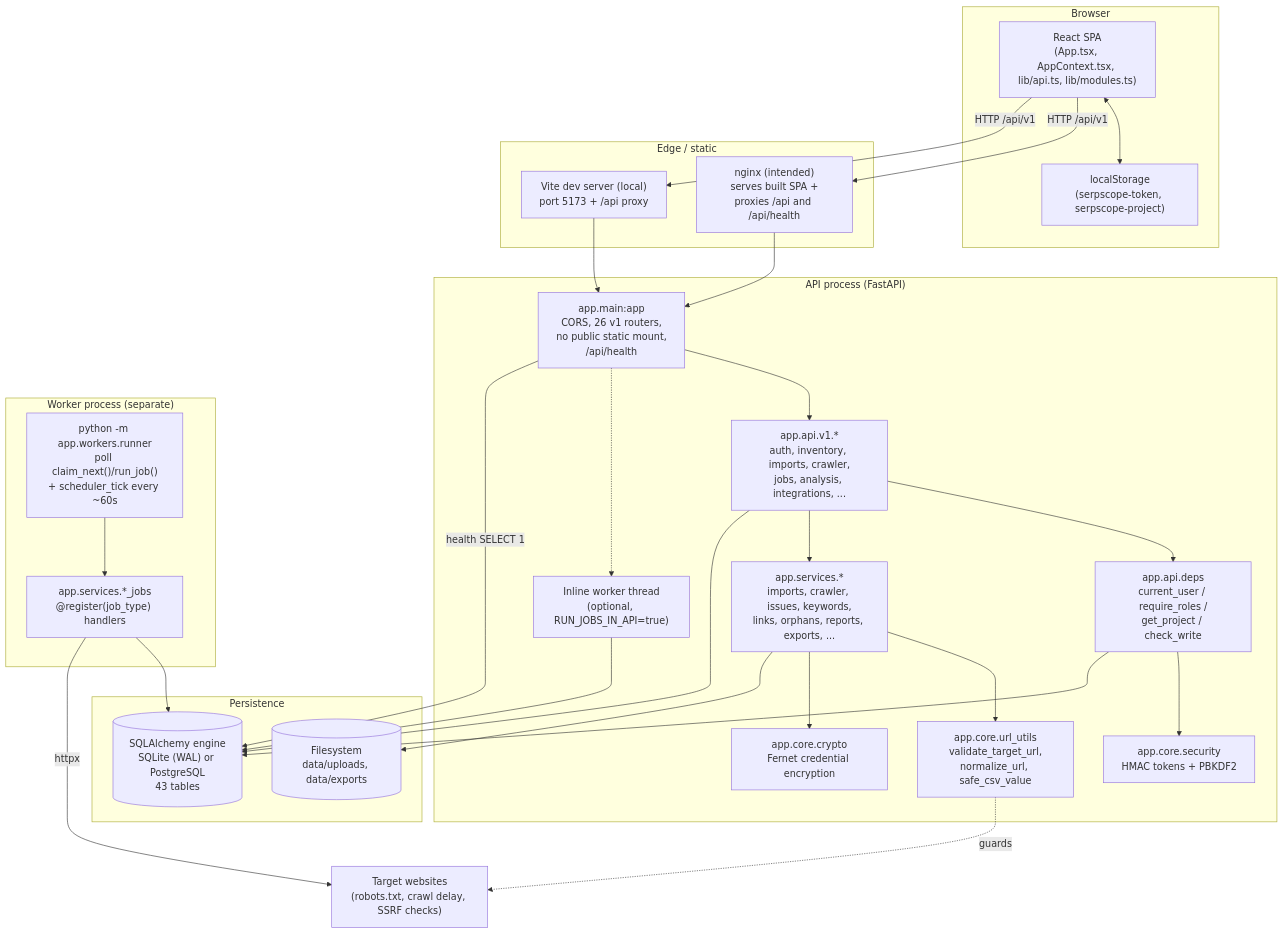
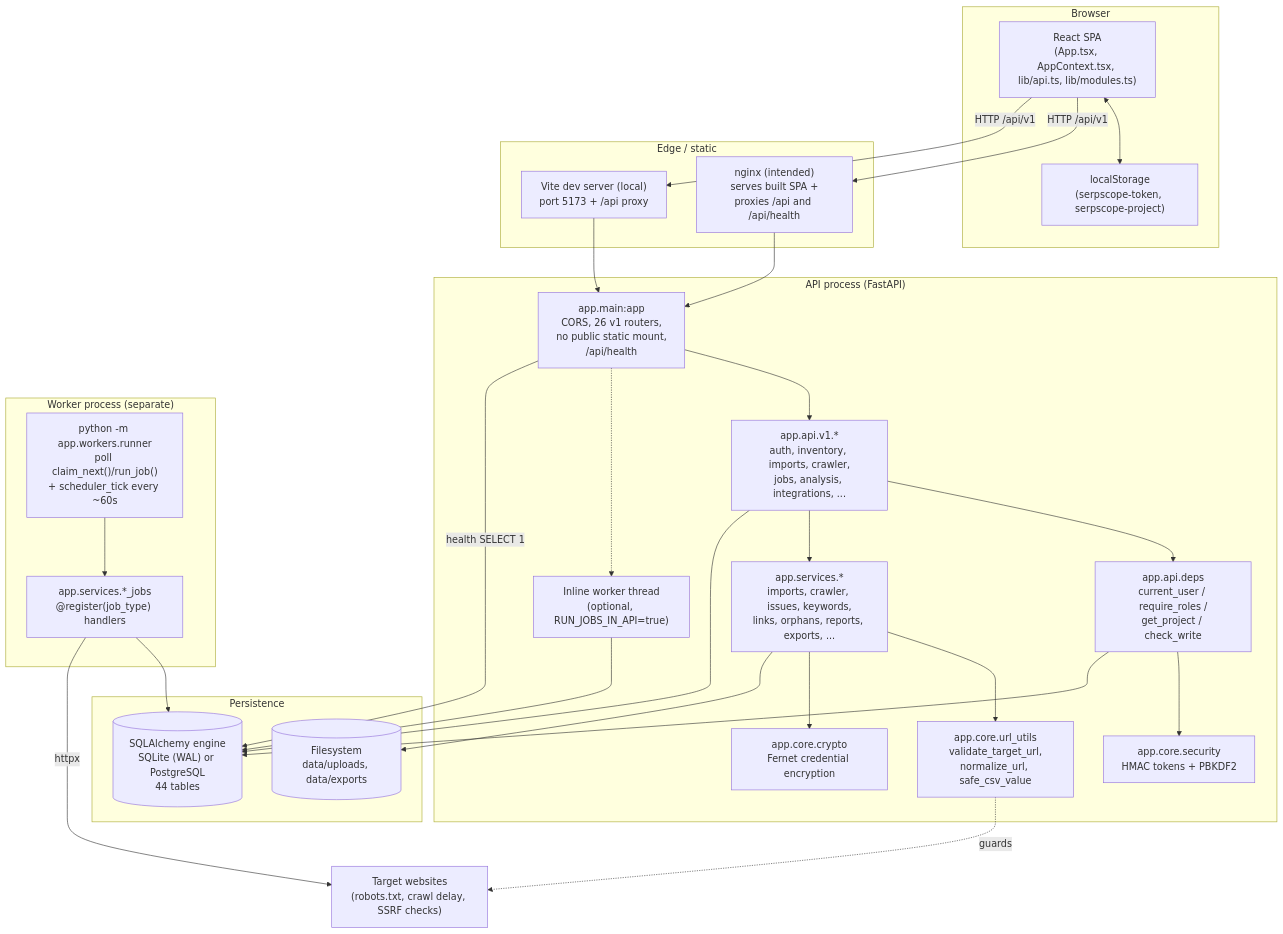
One commit to bevijaygupta/serpscope changed the first of 3 diagrams in docs/ARCHITECTURE.md. Above: the diagram before and after it, drawn with Mermaid. The commit also changed other lines of this file and 18 other files, not shown here.

````diff
--- a/docs/ARCHITECTURE.md
+++ b/docs/ARCHITECTURE.md
@@ -22,57 +22,57 @@
 ```mermaid
 flowchart TB
     subgraph browser["Browser"]
         SPA["React SPA\n(App.tsx, AppContext.tsx, lib/api.ts, lib/modules.ts)"]
         LS["localStorage\n(serpscope-token, serpscope-project)"]
         SPA <--> LS
     end
 
     subgraph edge["Edge / static"]
         NGINX["nginx (intended)\nserves built SPA +\nproxies /api and /api/health"]
         VITE["Vite dev server (local)\nport 5173 + /api proxy"]
     end
 
     subgraph api["API process (FastAPI)"]
         MAIN["app.main:app\nCORS, 26 v1 routers,\nno public static mount,\n/api/health"]
         DEPS["app.api.deps\ncurrent_user / require_roles /\nget_project / check_write"]
         ROUTERS["app.api.v1.*\nauth, inventory, imports, crawler,\njobs, analysis, integrations, ..."]
         SEC["app.core.security\nHMAC tokens + PBKDF2"]
         URLU["app.core.url_utils\nvalidate_target_url,\nnormalize_url, safe_csv_value"]
         CRYPTO["app.core.crypto\nFernet credential encryption"]
         SERVICES["app.services.*\nimports, crawler, issues, keywords,\nlinks, orphans, reports, exports, ..."]
         INLINE["Inline worker thread\n(optional, RUN_JOBS_IN_API=true)"]
         MAIN --> ROUTERS
         ROUTERS --> DEPS
         DEPS --> SEC
         ROUTERS --> SERVICES
         SERVICES --> URLU
         SERVICES --> CRYPTO
         MAIN -.-> INLINE
     end
 
     subgraph worker["Worker process (separate)"]
         RUNNER["python -m app.workers.runner\npoll claim_next()/run_job()\n+ scheduler_tick every ~60s"]
         HANDLERS["app.services.*_jobs\n@register(job_type) handlers"]
         RUNNER --> HANDLERS
     end
 
     subgraph data["Persistence"]
-        DB[("SQLAlchemy engine\nSQLite (WAL) or PostgreSQL\n43 tables")]
+        DB[("SQLAlchemy engine\nSQLite (WAL) or PostgreSQL\n44 tables")]
         FILES[("Filesystem\ndata/uploads, data/exports")]
     end
 
     EXTERNAL["Target websites\n(robots.txt, crawl delay, SSRF checks)"]
 
     SPA -->|HTTP /api/v1| NGINX
     SPA -->|HTTP /api/v1| VITE
     NGINX --> MAIN
     VITE --> MAIN
     ROUTERS --> DB
     DEPS --> DB
     HANDLERS --> DB
     INLINE --> DB
     SERVICES --> FILES
     MAIN -->|health SELECT 1| DB
     HANDLERS -->|httpx| EXTERNAL
     URLU -.->|guards| EXTERNAL
 ```
````
